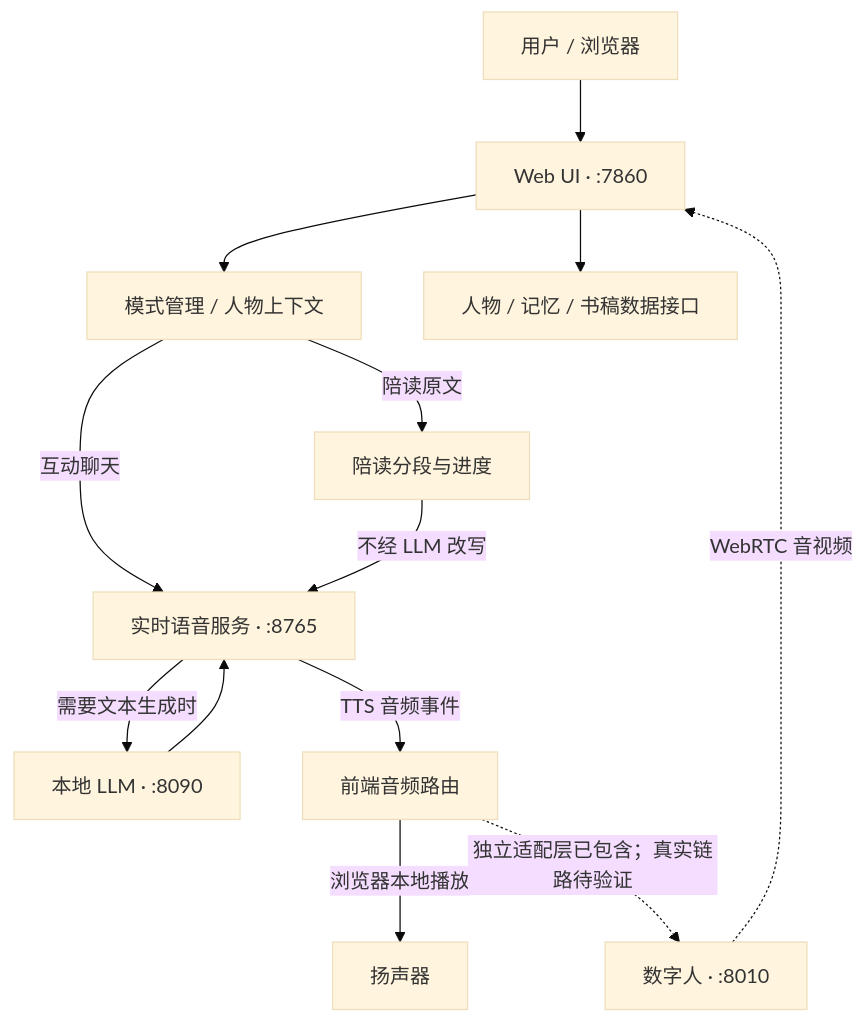
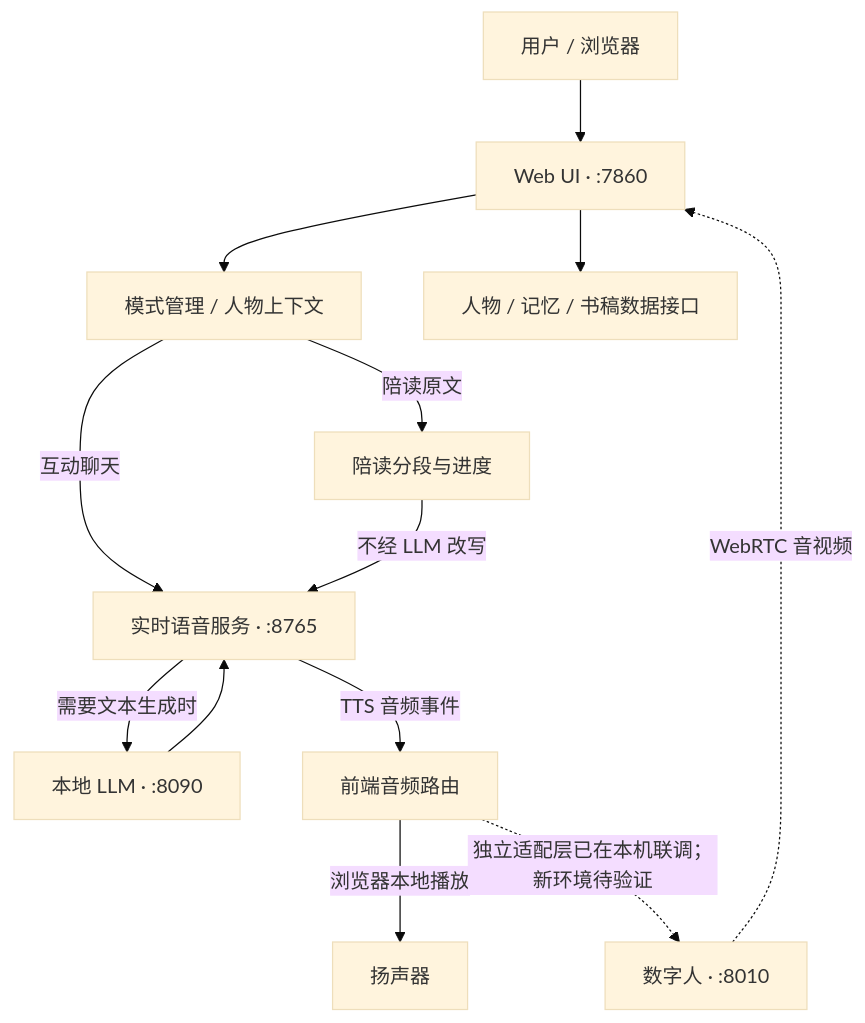
One commit to asd454314633-byte/AI-Girlfriend changed the diagram in README.md. Above: the diagram before and after it, drawn with Mermaid (base theme). The commit also changed other lines of this file and 5 other files, not shown here.

````diff
--- a/README.md
+++ b/README.md
@@ -219,15 +219,15 @@
 ```mermaid
 flowchart TD
     U["用户 / 浏览器"] --> UI["Web UI · :7860"]
     UI --> MODE["模式管理 / 人物上下文"]
     MODE -->|互动聊天| S2S["实时语音服务 · :8765"]
     MODE -->|陪读原文| READ["陪读分段与进度"]
     READ -->|不经 LLM 改写| S2S
     S2S -->|需要文本生成时| LLM["本地 LLM · :8090"]
     LLM --> S2S
     S2S -->|TTS 音频事件| ROUTER["前端音频路由"]
     ROUTER -->|浏览器本地播放| SPEAKER["扬声器"]
-    ROUTER -.->|独立适配层已包含；真实链路待验证| AV["数字人 · :8010"]
+    ROUTER -.->|独立适配层已在本机联调；新环境待验证| AV["数字人 · :8010"]
     AV -.->|WebRTC 音视频| UI
     UI --> CHAR["人物 / 记忆 / 书稿数据接口"]
 ```
````
